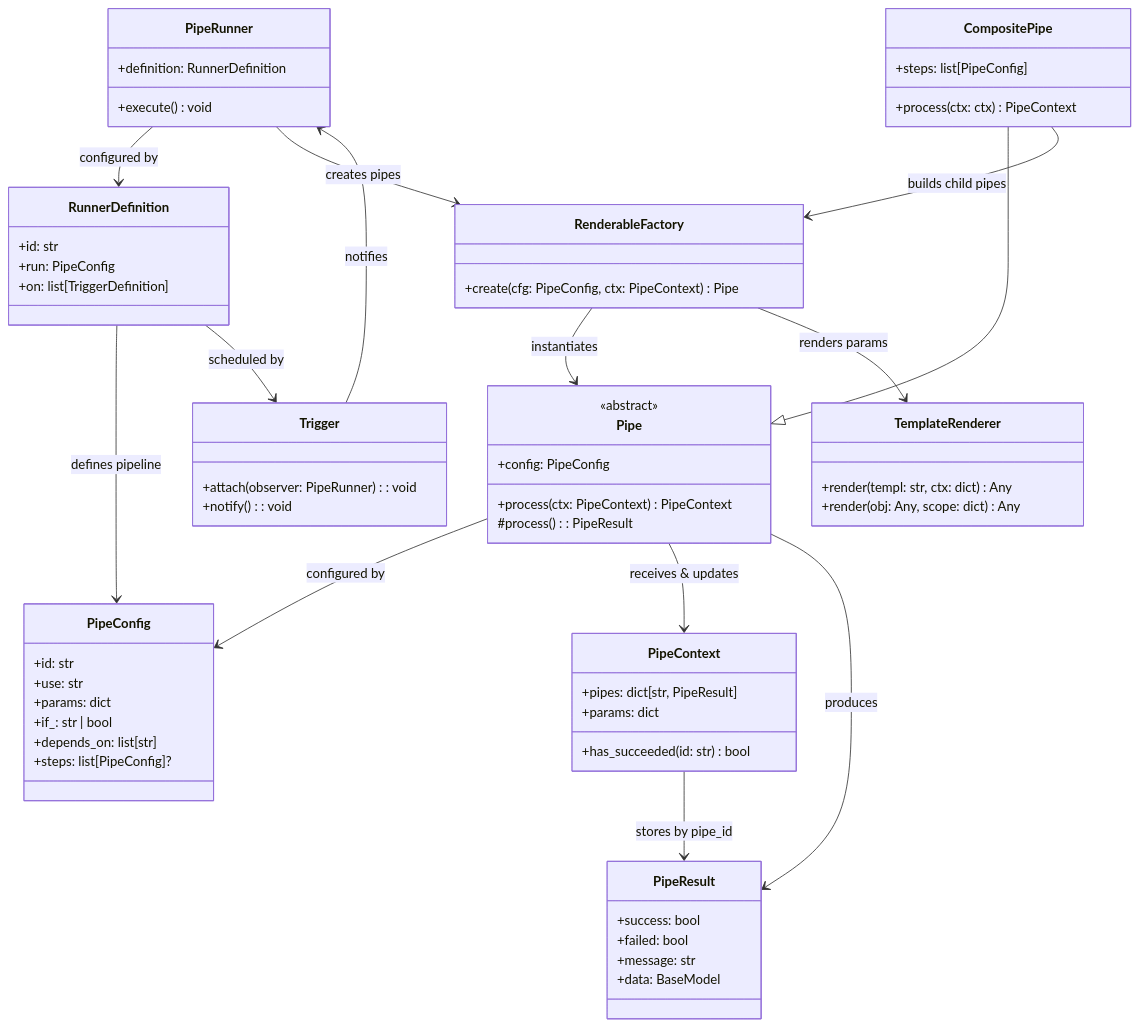
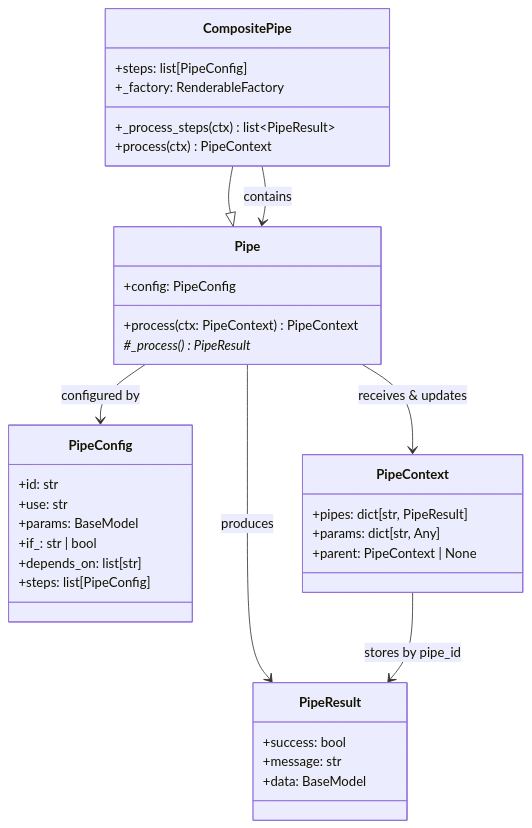
The second of 4 diagrams in docs/docs_src/en/concepts/pipeline.md (Softoft-Orga/open-ticket-ai), drawn with Mermaid before and after one commit. The commit also changed other lines of this file and 31 other files, not shown here.

````diff
--- a/docs/docs_src/en/concepts/pipeline.md
+++ b/docs/docs_src/en/concepts/pipeline.md
@@ -19,72 +52,49 @@
 ```mermaid
 %%{init: {
   "classDiagram": { "layout": "elk", "useMaxWidth": false },
   "elk": { "spacing": { "nodeNode": 20, "nodeNodeBetweenLayers": 20, "componentComponent": 15 } }
 }}%%
 classDiagram
 direction TD
 
   class Pipe {
-    <<abstract>>
     +config: PipeConfig
     +process(ctx: PipeContext) PipeContext
-    #process(): PipeResult
+    #_process()* PipeResult
   }
+  
   class CompositePipe {
     +steps: list[PipeConfig]
-    +process(ctx: ctx) PipeContext
+    +_factory: RenderableFactory
+    +_process_steps(ctx) list~PipeResult~
+    +process(ctx) PipeContext
   }
+  
   class PipeConfig {
     +id: str
     +use: str
-    +params: dict
+    +params: BaseModel
     +if_: str | bool
     +depends_on: list[str]
-    +steps: list[PipeConfig]?
+    +steps: list[PipeConfig]
   }
+  
   class PipeContext {
     +pipes: dict[str, PipeResult]
-    +params: dict
-    +has_succeeded(id: str) bool
+    +params: dict[str, Any]
+    +parent: PipeContext | None
   }
+  
   class PipeResult {
     +success: bool
-    +failed: bool
     +message: str
     +data: BaseModel
   }
-  class RenderableFactory {
-    +create(cfg: PipeConfig, ctx: PipeContext) Pipe
-  }
-  class TemplateRenderer {
-    +render(templ: str, ctx: dict) Any
-    +render(obj: Any, scope: dict) Any
-  }
-  class PipeRunner {
-    +definition: RunnerDefinition
-    +execute() void
-  }
-  class RunnerDefinition {
-    +id: str
-    +run: PipeConfig
-    +on: list[TriggerDefinition]
-  }
-  class Trigger {
-    +attach(observer: PipeRunner): void
-    +notify(): void
-  }
 
-CompositePipe --|> Pipe
-Pipe --> PipeConfig : configured by
-Pipe --> PipeContext : receives & updates
-Pipe --> PipeResult : produces
-PipeContext --> PipeResult : stores by pipe_id
-CompositePipe --> RenderableFactory : builds child pipes
-RenderableFactory --> Pipe : instantiates
-RenderableFactory --> TemplateRenderer : renders params
-PipeRunner --> RunnerDefinition : configured by
-PipeRunner --> RenderableFactory : creates pipes
-RunnerDefinition --> PipeConfig : defines pipeline
-RunnerDefinition --> Trigger : scheduled by
-Trigger --> PipeRunner : notifies
+  CompositePipe --|> Pipe
+  Pipe --> PipeConfig : configured by
+  Pipe --> PipeContext : receives & updates
+  Pipe --> PipeResult : produces
+  PipeContext --> PipeResult : stores by pipe_id
+  CompositePipe --> Pipe : contains
 ```
````
